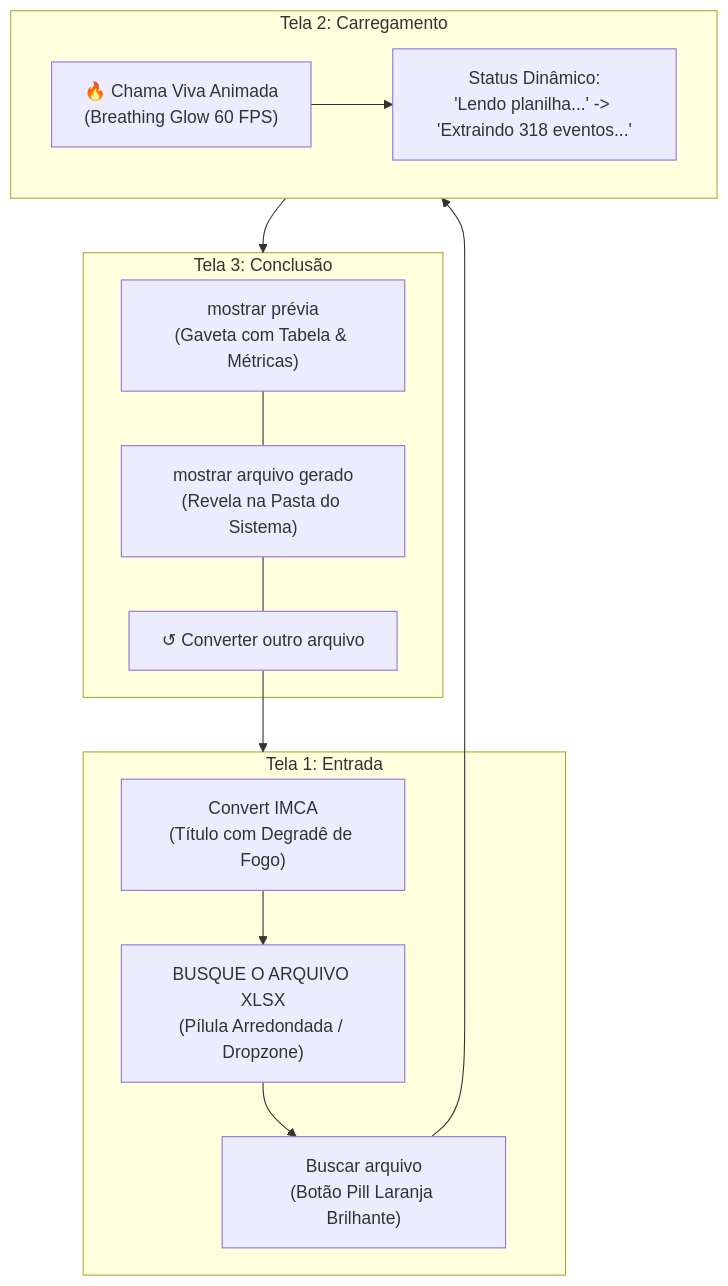
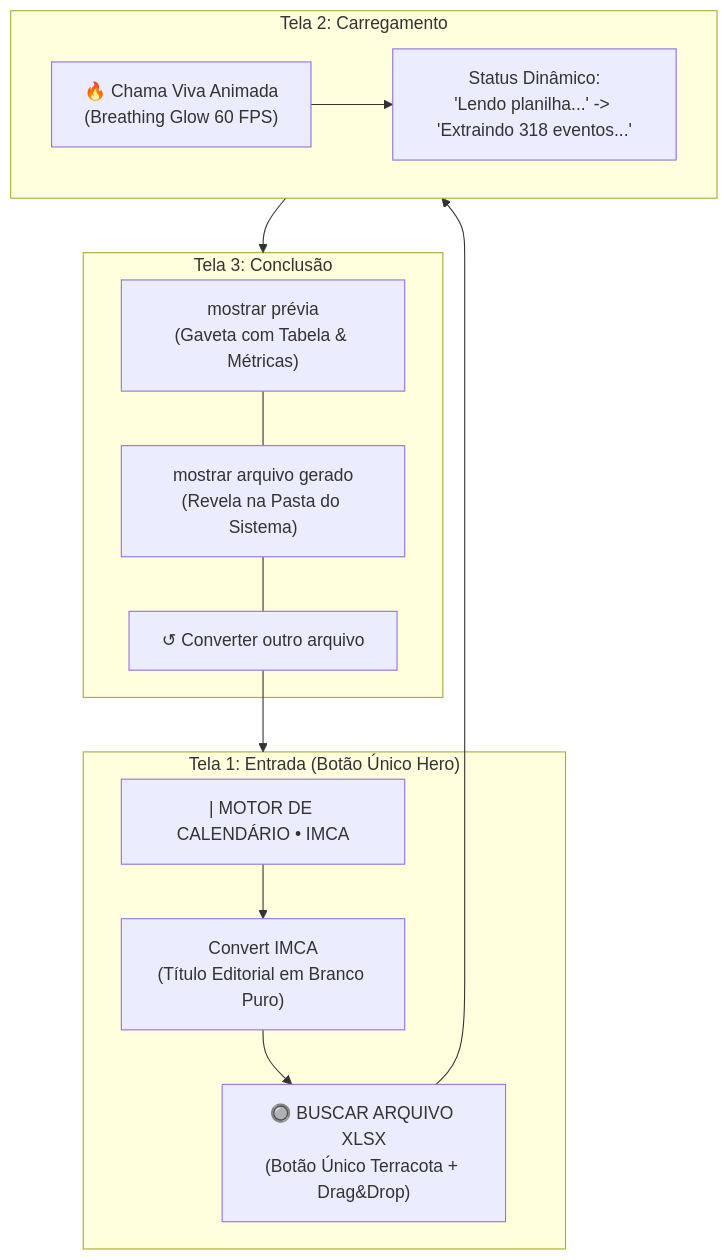
One commit to DevolperGdSL/Convert_IMCA changed the third of 3 diagrams in DOCUMENTACAO.md. Above: the diagram before and after it, drawn with Mermaid. The commit also changed other lines of this file and 8 other files, not shown here.

Commit message:
feat(v1.3.0): tela inicial com botao unico hero, paleta editorial dark/terracota e seletor nativo resiliente

````diff
--- a/DOCUMENTACAO.md
+++ b/DOCUMENTACAO.md
@@ -380,26 +381,26 @@
 ```mermaid
 flowchart TD
-    subgraph Tela1 ["Tela 1: Entrada"]
-        T1["Convert IMCA\n(Título com Degradê de Fogo)"]
-        P1["BUSQUE O ARQUIVO XLSX\n(Pílula Arredondada / Dropzone)"]
-        B1["Buscar arquivo\n(Botão Pill Laranja Brilhante)"]
-        T1 --> P1 --> B1
+    subgraph Tela1 ["Tela 1: Entrada (Botão Único Hero)"]
+        Tag["| MOTOR DE CALENDÁRIO • IMCA"]
+        T1["Convert IMCA\n(Título Editorial em Branco Puro)"]
+        Hero["🔘 BUSCAR ARQUIVO XLSX\n(Botão Único Terracota + Drag&Drop)"]
+        Tag --> T1 --> Hero
     end
 
     subgraph Tela2 ["Tela 2: Carregamento"]
         F2["🔥 Chama Viva Animada\n(Breathing Glow 60 FPS)"]
         S2["Status Dinâmico:\n'Lendo planilha...' -> 'Extraindo 318 eventos...'"]
         F2 --> S2
     end
 
     subgraph Tela3 ["Tela 3: Conclusão"]
         R1["mostrar prévia\n(Gaveta com Tabela & Métricas)"]
         R2["mostrar arquivo gerado\n(Revela na Pasta do Sistema)"]
         R3["↺ Converter outro arquivo"]
         R1 --- R2 --- R3
     end
 
-    B1 --> Tela2
+    Hero --> Tela2
     Tela2 --> Tela3
     R3 --> Tela1
 ```
````
